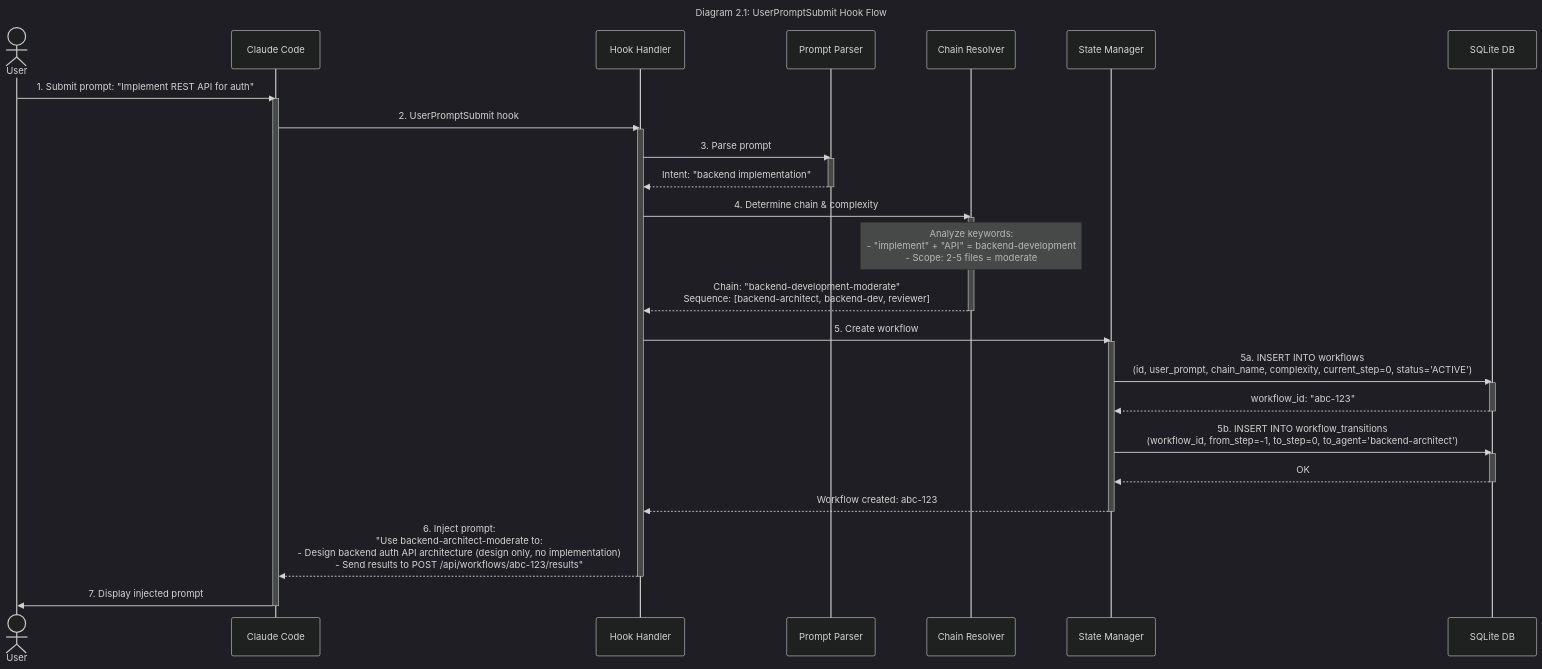
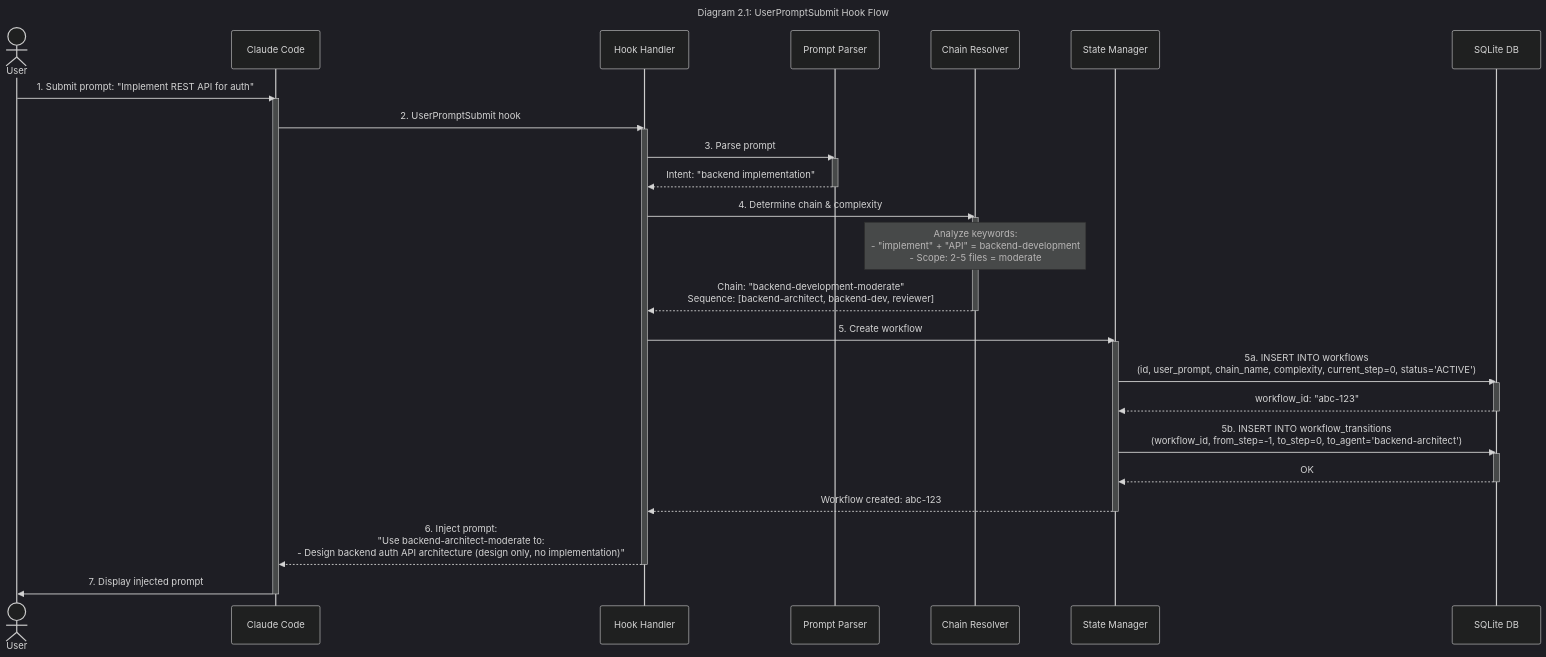
One commit to drevispas/ccorch changed the fourth of 11 diagrams in docs/architecture.md. Above: the diagram before and after it, drawn with Mermaid (dark theme). The commit also changed other lines of this file and 3 other files, not shown here.

First line of the commit message:
docs: fix PostToolUse hook architecture inconsistencies across all documentation

````diff
--- a/docs/architecture.md
+++ b/docs/architecture.md
@@ -227,48 +233,48 @@
 ```mermaid
 ---
 title: "Diagram 2.1: UserPromptSubmit Hook Flow"
 ---
 sequenceDiagram
     actor User
     participant CC as Claude Code
     participant Hook as Hook Handler
     participant Parser as Prompt Parser
     participant Resolver as Chain Resolver
     participant StateMgr as State Manager
     participant DB as SQLite DB
 
     User->>CC: 1. Submit prompt: "Implement REST API for auth"
     activate CC
     CC->>Hook: 2. UserPromptSubmit hook
     activate Hook
 
     Hook->>Parser: 3. Parse prompt
     activate Parser
     Parser-->>Hook: Intent: "backend implementation"
     deactivate Parser
 
     Hook->>Resolver: 4. Determine chain & complexity
     activate Resolver
     Note over Resolver: Analyze keywords:<br/>- "implement" + "API" = backend-development<br/>- Scope: 2-5 files = moderate
     Resolver-->>Hook: Chain: "backend-development-moderate"<br/>Sequence: [backend-architect, backend-dev, reviewer]
     deactivate Resolver
 
     Hook->>StateMgr: 5. Create workflow
     activate StateMgr
     StateMgr->>DB: 5a. INSERT INTO workflows<br/>(id, user_prompt, chain_name, complexity, current_step=0, status='ACTIVE')
     activate DB
     DB-->>StateMgr: workflow_id: "abc-123"
     deactivate DB
 
     StateMgr->>DB: 5b. INSERT INTO workflow_transitions<br/>(workflow_id, from_step=-1, to_step=0, to_agent='backend-architect')
     activate DB
     DB-->>StateMgr: OK
     deactivate DB
     StateMgr-->>Hook: Workflow created: abc-123
     deactivate StateMgr
 
-    Hook-->>CC: 6. Inject prompt:<br/>"Use backend-architect-moderate to:<br/>- Design backend auth API architecture (design only, no implementation)<br/>- Send results to POST /api/workflows/abc-123/results"
+    Hook-->>CC: 6. Inject prompt:<br/>"Use backend-architect-moderate to:<br/>- Design backend auth API architecture (design only, no implementation)"
     deactivate Hook
     CC->>User: 7. Display injected prompt
     deactivate CC
 ```
````
